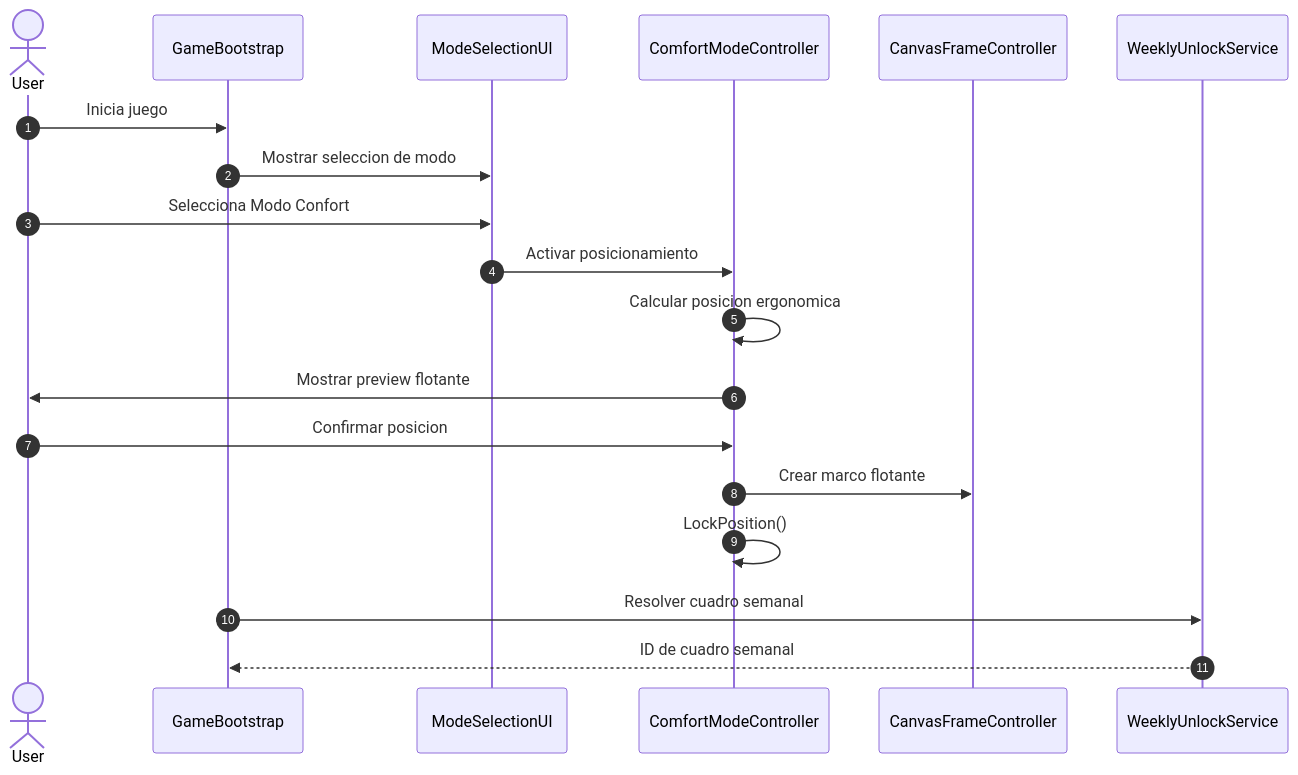
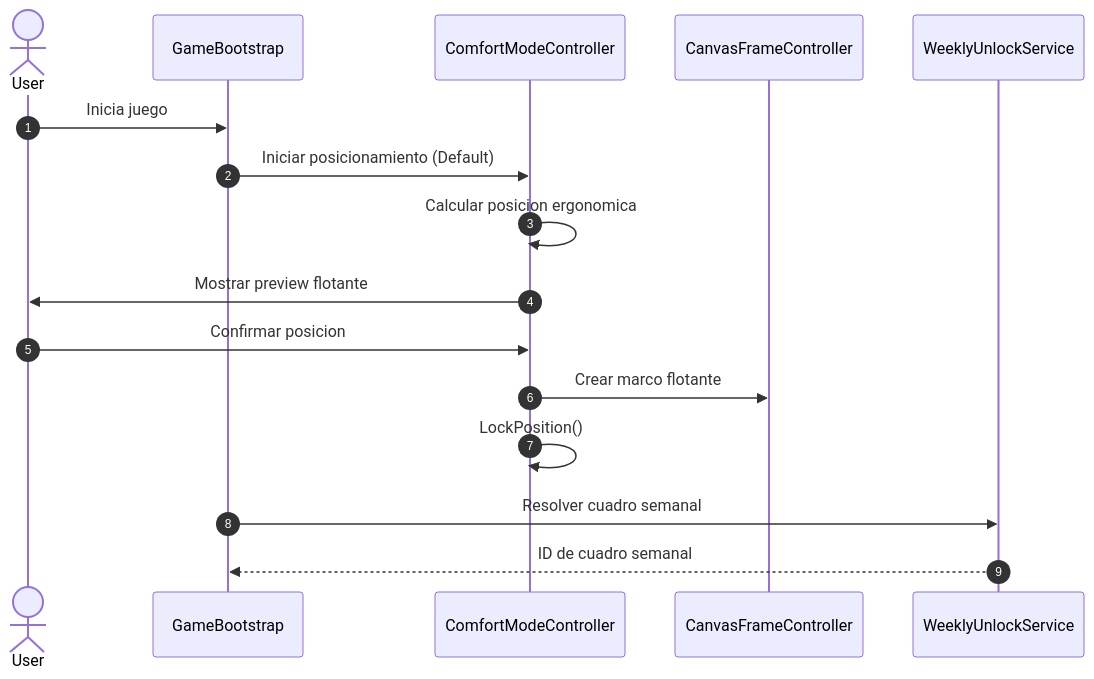
Before and after one commit to ricardovazarm/ArtUnbound: the second of 9 diagrams in docs/Diagramas-Art-Unbound.md, drawn with Mermaid. The commit also changed other lines of this file and 890 other files, not shown here.

````diff
--- a/docs/Diagramas-Art-Unbound.md
+++ b/docs/Diagramas-Art-Unbound.md
@@ -148,22 +126,19 @@
 ```mermaid
 sequenceDiagram
 autonumber
 actor User
 participant Bootstrap as GameBootstrap
-participant UI as ModeSelectionUI
 participant Comfort as ComfortModeController
 participant Frame as CanvasFrameController
 participant Weekly as WeeklyUnlockService
 
 User->>Bootstrap: Inicia juego
-Bootstrap->>UI: Mostrar seleccion de modo
-User->>UI: Selecciona Modo Confort
-UI->>Comfort: Activar posicionamiento
+Bootstrap->>Comfort: Iniciar posicionamiento (Default)
 Comfort->>Comfort: Calcular posicion ergonomica
 Comfort->>User: Mostrar preview flotante
 User->>Comfort: Confirmar posicion
 Comfort->>Frame: Crear marco flotante
 Comfort->>Comfort: LockPosition()
 Bootstrap->>Weekly: Resolver cuadro semanal
 Weekly-->>Bootstrap: ID de cuadro semanal
 ```
````
